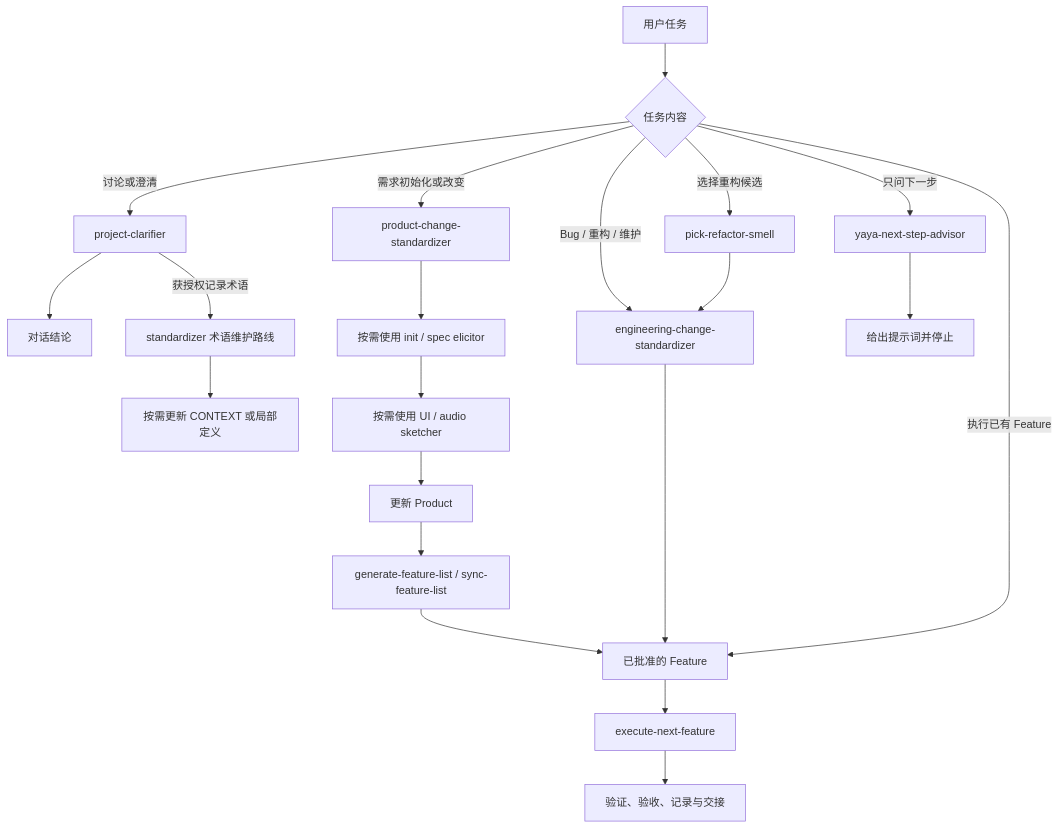
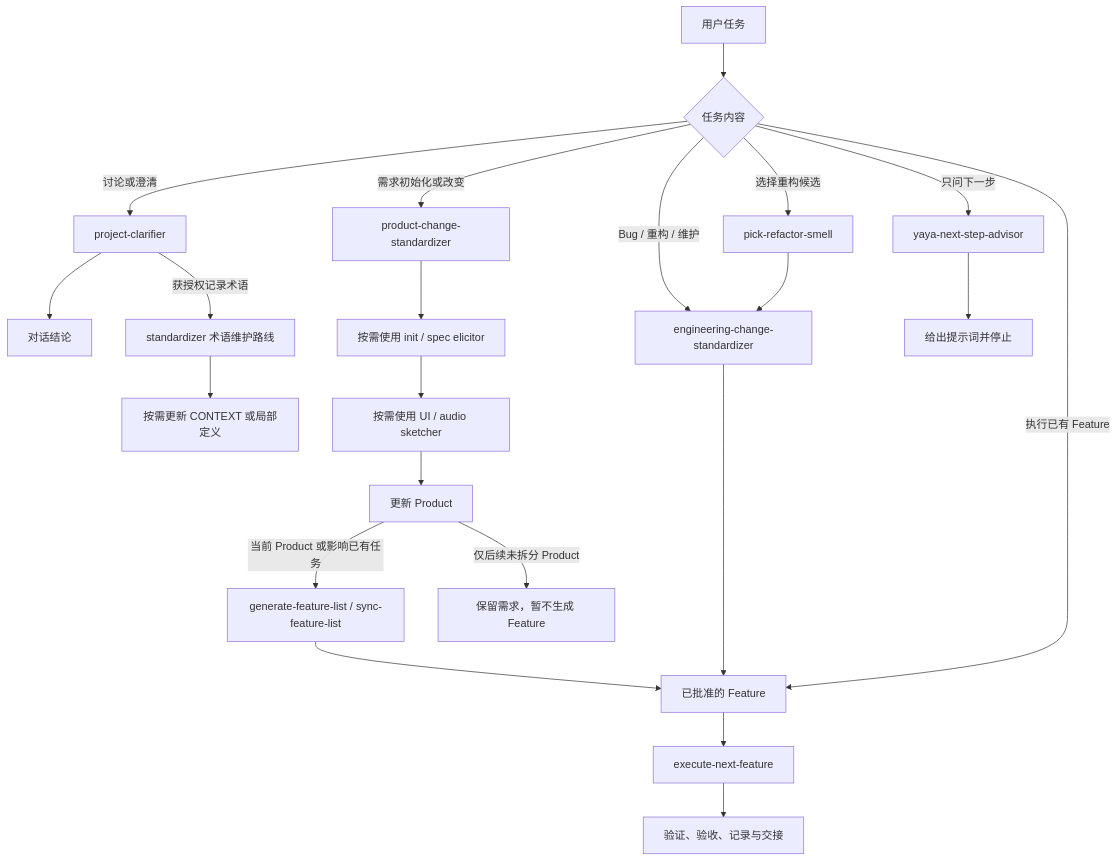
The first of 2 diagrams in project-source/Project_README.md (yxy823/Game_idle_yaya_frame), drawn with Mermaid before and after one commit. The commit also changed other lines of this file and 15 other files, not shown here.

First line of the commit message:
feat(planning): 按 Product 执行顺序逐个拆分 Feature

````diff
--- a/project-source/Project_README.md
+++ b/project-source/Project_README.md
@@ -51,23 +51,24 @@
 ```mermaid
 flowchart TD
     U[用户任务] --> Q{任务内容}
     Q -->|讨论或澄清| C[project-clarifier]
     C --> O[对话结论]
     C -->|获授权记录术语| T[standardizer 术语维护路线]
     T --> K[按需更新 CONTEXT 或局部定义]
     Q -->|需求初始化或改变| P[product-change-standardizer]
     P --> I[按需使用 init / spec elicitor]
     I --> V[按需使用 UI / audio sketcher]
     V --> D[更新 Product]
-    D --> L[generate-feature-list / sync-feature-list]
+    D -->|当前 Product 或影响已有任务| L[generate-feature-list / sync-feature-list]
+    D -->|仅后续未拆分 Product| B[保留需求，暂不生成 Feature]
     Q -->|Bug / 重构 / 维护| E[engineering-change-standardizer]
     Q -->|选择重构候选| S[pick-refactor-smell]
     S --> E
     Q -->|只问下一步| A[yaya-next-step-advisor]
     A --> H[给出提示词并停止]
     L --> F[已批准的 Feature]
     E --> F
     Q -->|执行已有 Feature| F
     F --> X[execute-next-feature]
     X --> R[验证、验收、记录与交接]
 ```
````
